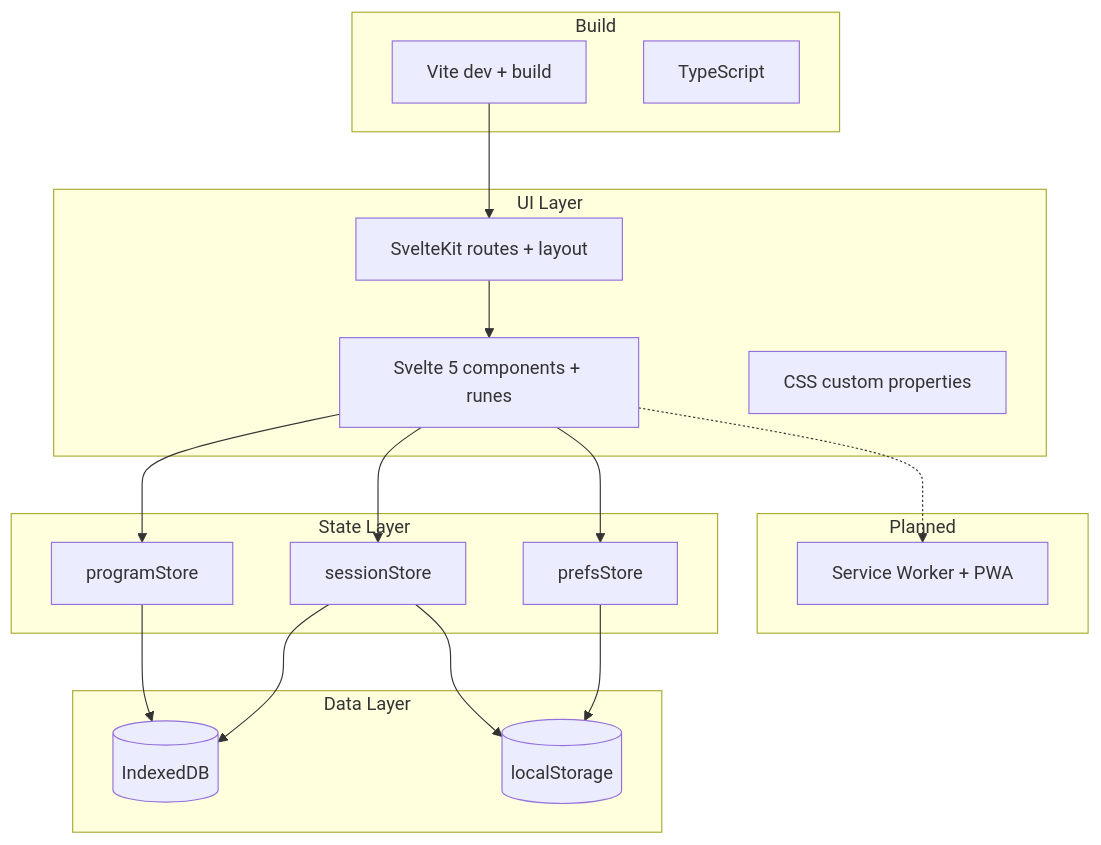
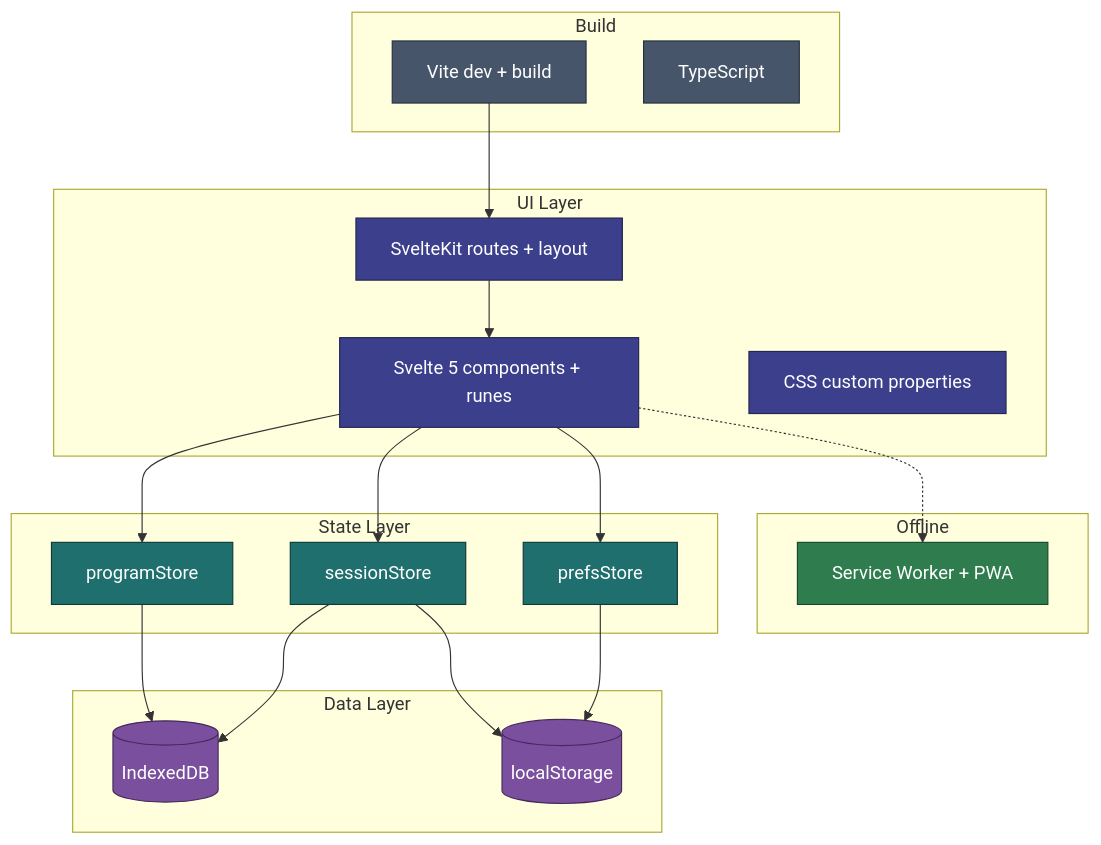
The diagram in docs/architecture/tech-stack.md (jermbo/CosmicWorkOut), drawn with Mermaid before and after one commit. The commit also changed other lines of this file and 132 other files, not shown here.

````diff
--- a/docs/architecture/tech-stack.md
+++ b/docs/architecture/tech-stack.md
@@ -5,35 +5,46 @@
 ```mermaid
 flowchart TB
     subgraph ui ["UI Layer"]
         SK[SvelteKit routes + layout]
         SV[Svelte 5 components + runes]
         CSS[CSS custom properties]
     end
 
     subgraph state ["State Layer"]
         PS[programStore]
         SS[sessionStore]
         PR[prefsStore]
     end
 
     subgraph data ["Data Layer"]
         IDB[("IndexedDB")]
         LS[("localStorage")]
     end
 
     subgraph build ["Build"]
         Vite[Vite dev + build]
         TS[TypeScript]
     end
 
-    subgraph planned ["Planned"]
+    subgraph offline ["Offline"]
         SW[Service Worker + PWA]
     end
 
     SK --> SV --> PS & SS & PR
     PS & SS --> IDB
     PR --> LS
     SS --> LS
     Vite --> SK
     SV -.-> SW
+
+    classDef ui fill:#3b3f8c,stroke:#23264f,color:#ffffff;
+    classDef state fill:#1f6f6f,stroke:#0f3a3a,color:#ffffff;
+    classDef data fill:#7a4f9e,stroke:#46295c,color:#ffffff;
+    classDef build fill:#465569,stroke:#28313e,color:#ffffff;
+    classDef offline fill:#2f7d4f,stroke:#1a472d,color:#ffffff;
+    class SK,SV,CSS ui;
+    class PS,SS,PR state;
+    class IDB,LS data;
+    class Vite,TS build;
+    class SW offline;
 ```
````
